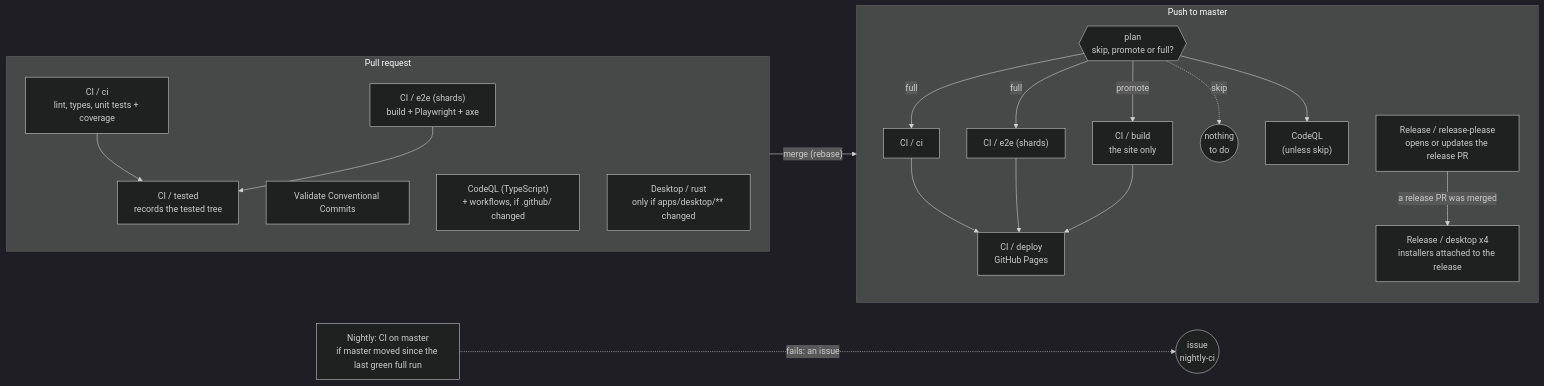
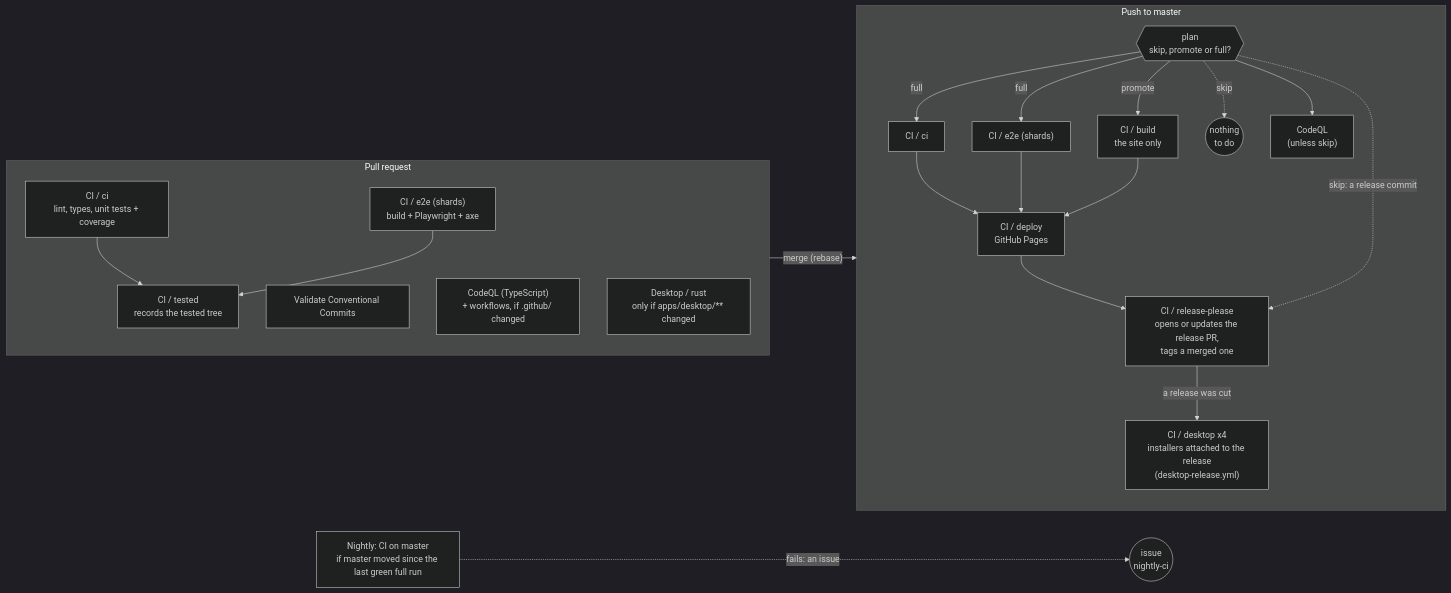
The first of 3 diagrams in docs/ci.md (kqesar/alltp-tracker), drawn with Mermaid (dark theme) before and after one commit. The commit also changed other lines of this file and 6 other files, not shown here.

First line of the commit message:
ci: release after the deploy, in the same pipeline

````diff
--- a/docs/ci.md
+++ b/docs/ci.md
@@ -7,30 +7,31 @@
 ```mermaid
 flowchart LR
   subgraph PR["Pull request"]
     direction TB
     ci_pr["CI / ci<br/>lint, types, unit tests + coverage"]
     e2e_pr["CI / e2e (shards)<br/>build + Playwright + axe"]
     rec["CI / tested<br/>records the tested tree"]
     vc["Validate Conventional Commits"]
     cq_pr["CodeQL (TypeScript)<br/>+ workflows, if .github/ changed"]
     dk_pr["Desktop / rust<br/>only if apps/desktop/** changed"]
     ci_pr & e2e_pr --> rec
   end
   subgraph MASTER["Push to master"]
     direction TB
     plan{{"plan<br/>skip, promote or full?"}}
     plan -->|full| ci_m["CI / ci"]
     plan -->|full| e2e_m["CI / e2e (shards)"]
     plan -->|promote| build["CI / build<br/>the site only"]
     plan -.->|skip| none(("nothing<br/>to do"))
     plan --> cq_m["CodeQL<br/>(unless skip)"]
     ci_m --> deploy["CI / deploy<br/>GitHub Pages"]
     e2e_m --> deploy
     build --> deploy
-    rp["Release / release-please<br/>opens or updates the release PR"]
-    rp -->|a release PR was merged| inst["Release / desktop x4<br/>installers attached to the release"]
+    deploy --> rp["CI / release-please<br/>opens or updates the release PR,<br/>tags a merged one"]
+    plan -.->|"skip: a release commit"| rp
+    rp -->|a release was cut| inst["CI / desktop x4<br/>installers attached to the release<br/>(desktop-release.yml)"]
   end
   nightly["Nightly: CI on master<br/>if master moved since the last green full run"]
   PR -->|"merge (rebase)"| MASTER
   nightly -. "fails: an issue" .-> issue(("issue<br/>nightly-ci"))
 ```
````
